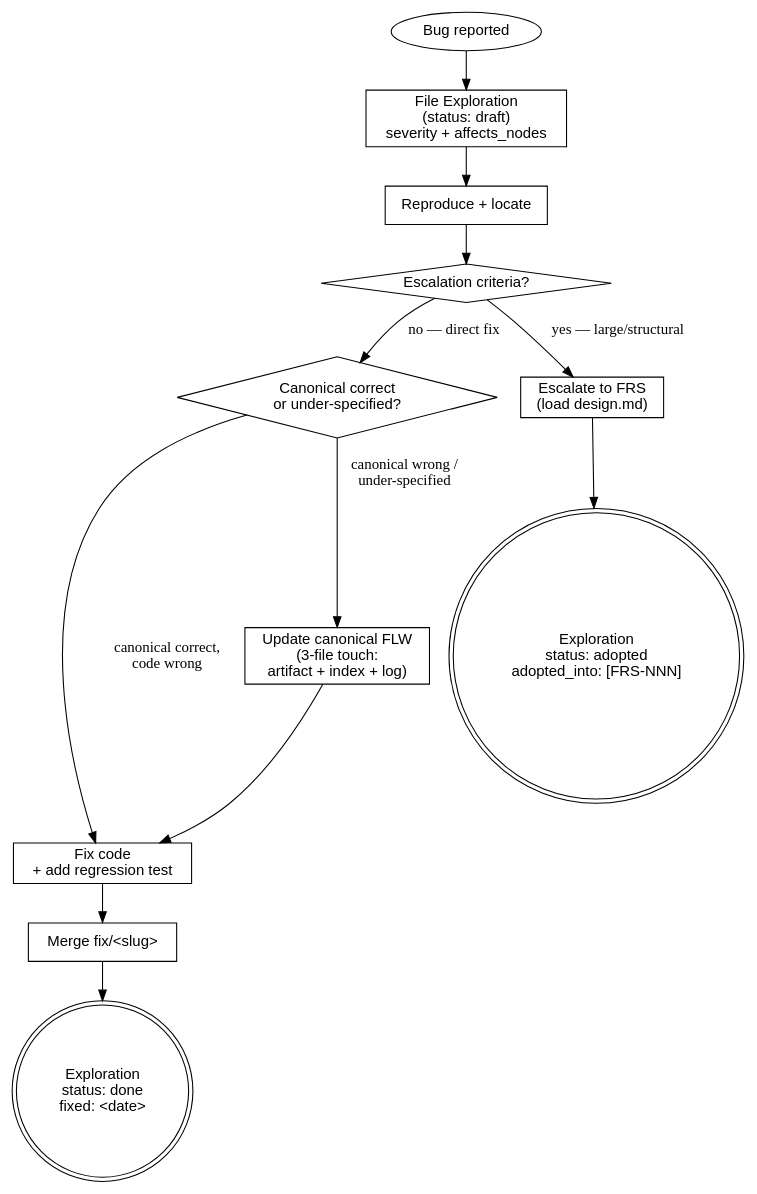
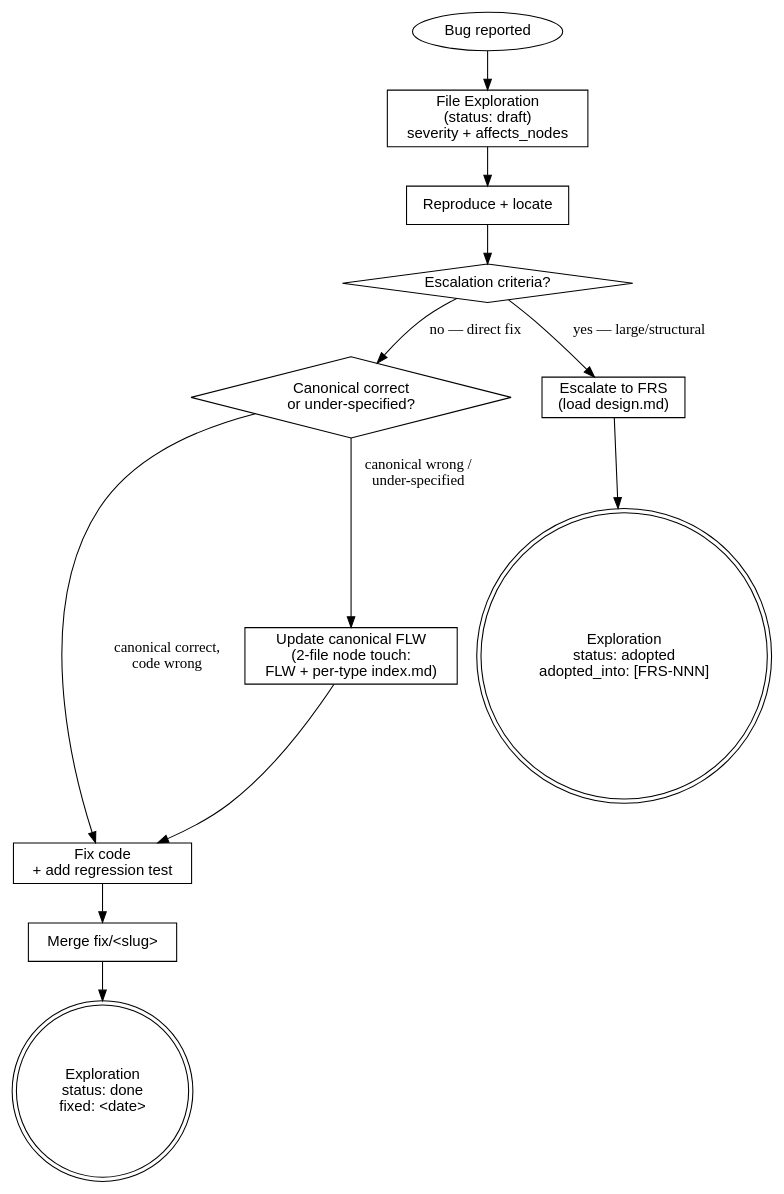
One commit to thapaliyabikendra/agentic-dev-workspace changed the diagram in sdlc/workflow/bug-fix.md. Above: the diagram before and after it, drawn with Graphviz. The commit also changed other lines of this file and 60 other files, not shown here.

````diff
--- a/sdlc/workflow/bug-fix.md
+++ b/sdlc/workflow/bug-fix.md
@@ -39,31 +38,31 @@
 ```dot
 digraph bug_fix_flow {
     rankdir=TB;
     node [fontname="Helvetica"];
 
     report   [shape=oval,  label="Bug reported"];
     file_exp [shape=box,   label="File Exploration\n(status: draft)\nseverity + affects_nodes"];
     repro    [shape=box,   label="Reproduce + locate"];
     triage   [shape=diamond, label="Canonical correct\nor under-specified?"];
     fix_code [shape=box,   label="Fix code\n+ add regression test"];
-    fix_can  [shape=box,   label="Update canonical FLW\n(3-file touch:\nartifact + index + log)"];
+    fix_can  [shape=box,   label="Update canonical FLW\n(2-file node touch:\nFLW + per-type index.md)"];
     escal    [shape=diamond, label="Escalation criteria?"];
     frs      [shape=box,   label="Escalate to FRS\n(load design.md)"];
     merge    [shape=box,   label="Merge fix/<slug>"];
 
     out_done [shape=doublecircle, label="Exploration\nstatus: done\nfixed: <date>"];
     out_ado  [shape=doublecircle, label="Exploration\nstatus: adopted\nadopted_into: [FRS-NNN]"];
 
     report -> file_exp;
     file_exp -> repro;
     repro -> escal;
     escal -> frs [label="yes — large/structural"];
     escal -> triage [label="no — direct fix"];
     triage -> fix_code [label="canonical correct,\ncode wrong"];
     triage -> fix_can  [label="canonical wrong /\nunder-specified"];
     fix_can -> fix_code;
     fix_code -> merge;
     merge -> out_done;
     frs -> out_ado;
 }
 ```
````
